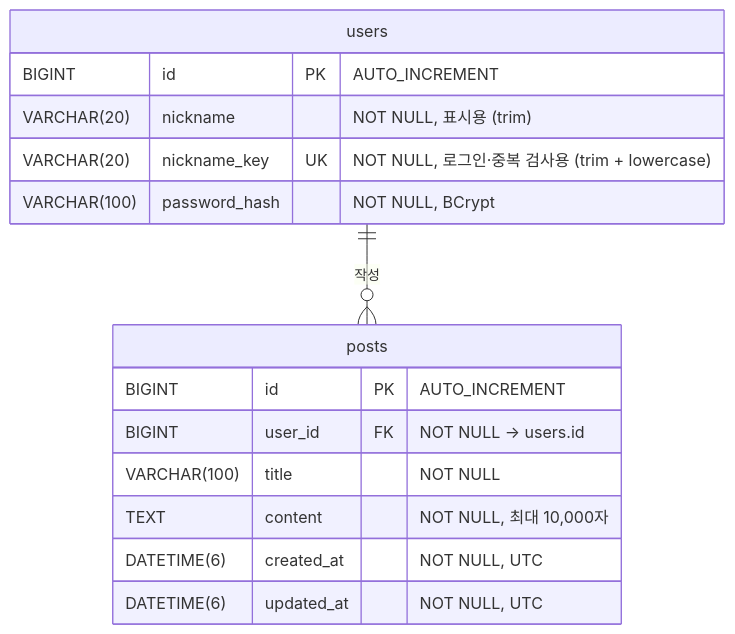
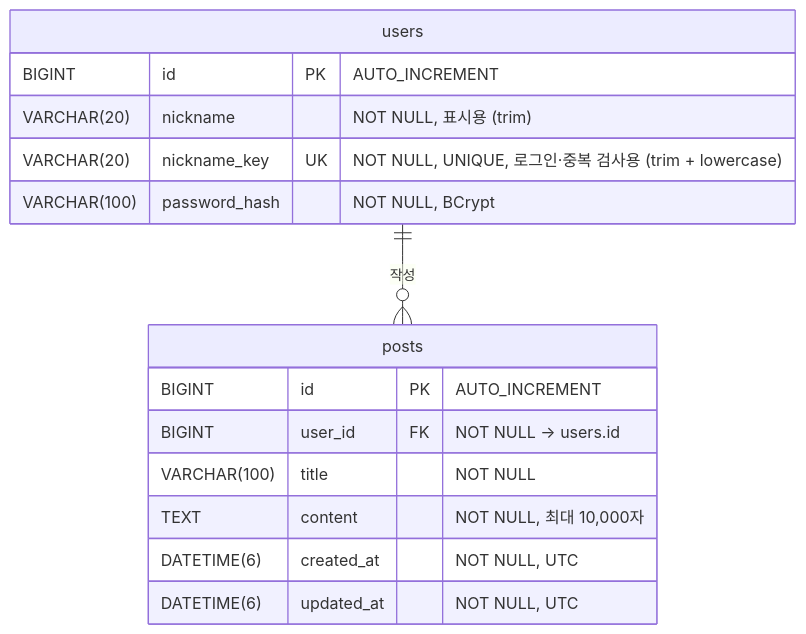
Before and after one commit to withshk/practiceBoard: the diagram in board-backend/ERD.md, drawn with Mermaid. The commit also changed 1 other file, not shown here.

Commit message:
feat: 유저 엔티티 완성

````diff
--- a/board-backend/ERD.md
+++ b/board-backend/ERD.md
@@ -5,20 +5,20 @@
 ```mermaid
 erDiagram
     users ||--o{ posts : "작성"
 
     users {
         BIGINT id PK "AUTO_INCREMENT"
         VARCHAR(20) nickname "NOT NULL, 표시용 (trim)"
-        VARCHAR(20) nickname_key UK "NOT NULL, 로그인·중복 검사용 (trim + lowercase)"
+        VARCHAR(20) nickname_key UK "NOT NULL, UNIQUE, 로그인·중복 검사용 (trim + lowercase)"
         VARCHAR(100) password_hash "NOT NULL, BCrypt"
     }
 
     posts {
         BIGINT id PK "AUTO_INCREMENT"
         BIGINT user_id FK "NOT NULL → users.id"
         VARCHAR(100) title "NOT NULL"
         TEXT content "NOT NULL, 최대 10,000자"
         DATETIME(6) created_at "NOT NULL, UTC"
         DATETIME(6) updated_at "NOT NULL, UTC"
     }
 ```
````
